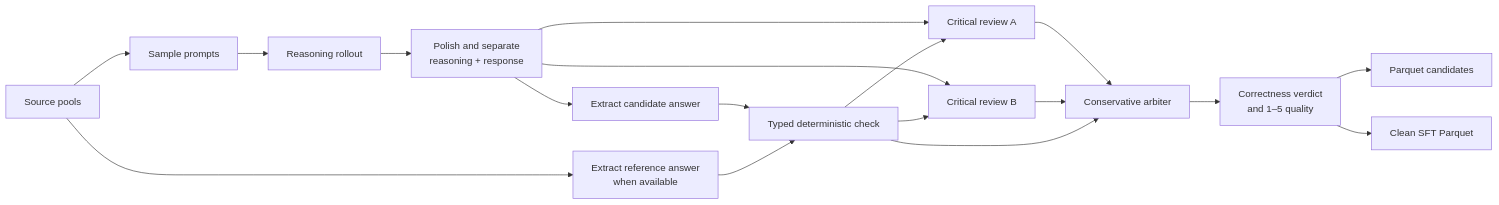
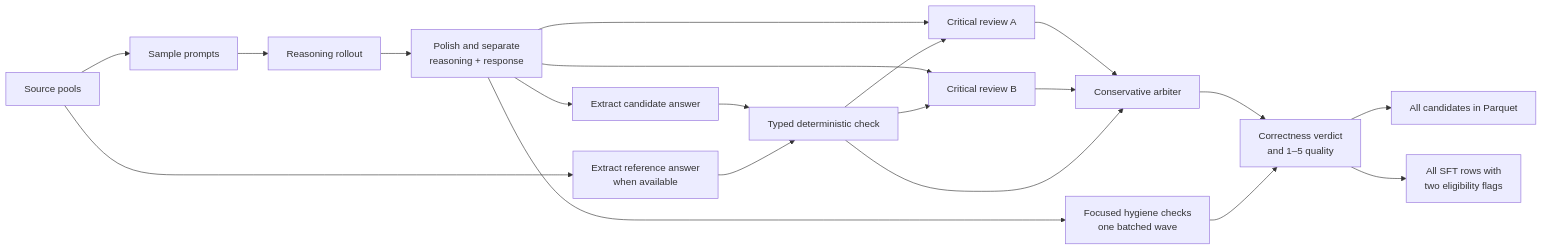
One commit to swiss-ai/productive-reasoning-sft changed the diagram in PIPELINE.md. Above: the diagram before and after it, drawn with Mermaid. The commit also changed other lines of this file and 8 other files, not shown here.

Commit message:
feat: add focused reasoning hygiene evaluation and SFT eligibility flags

````diff
--- a/PIPELINE.md
+++ b/PIPELINE.md
@@ -9,23 +9,26 @@
 ```mermaid
 flowchart LR
     A[Source pools] --> B[Sample prompts]
     B --> C[Reasoning rollout]
     C --> D[Polish and separate<br/>reasoning + response]
 
     D --> E1[Extract candidate answer]
     A --> E2[Extract reference answer<br/>when available]
     E1 --> F[Typed deterministic check]
     E2 --> F
 
     D --> G1[Critical review A]
     D --> G2[Critical review B]
     F --> G1
     F --> G2
     G1 --> H[Conservative arbiter]
     G2 --> H
     F --> H
 
+    D --> V[Focused hygiene checks<br/>one batched wave]
     H --> I[Correctness verdict<br/>and 1–5 quality]
-    I --> J[Parquet candidates]
-    I --> K[Clean SFT Parquet]
+    V --> I
+
+    I --> J[All candidates in Parquet]
+    I --> K[All SFT rows with<br/>two eligibility flags]
 ```
````
